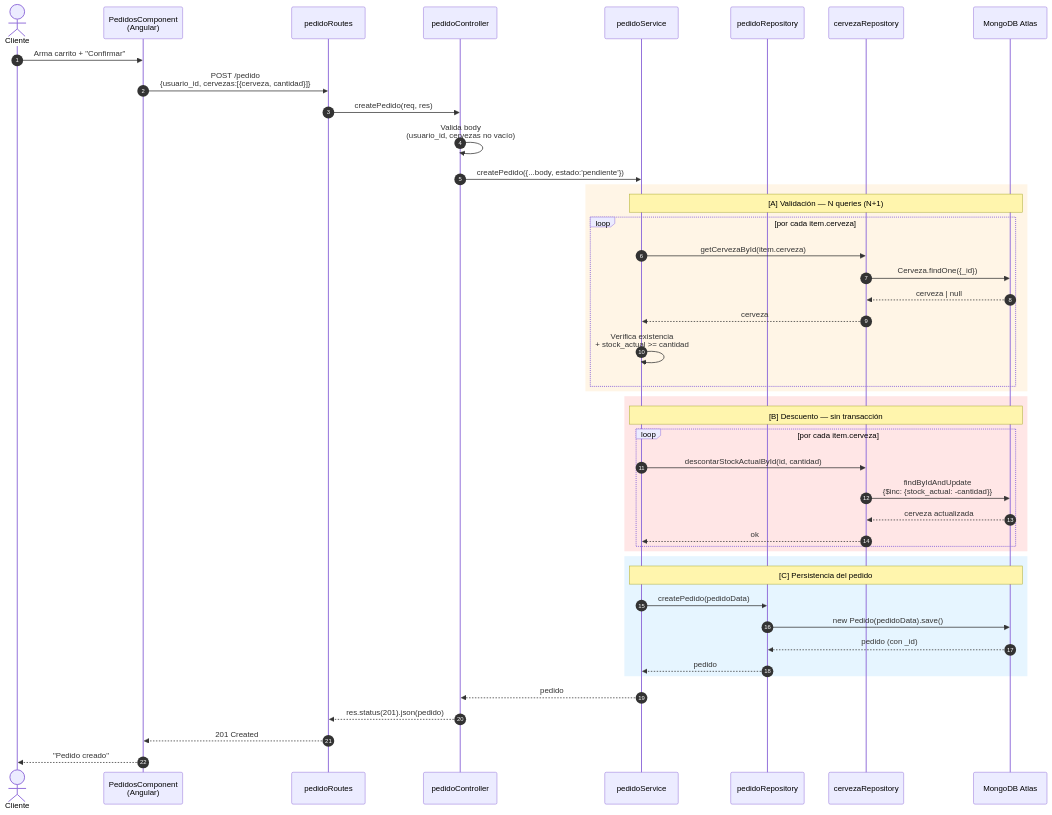
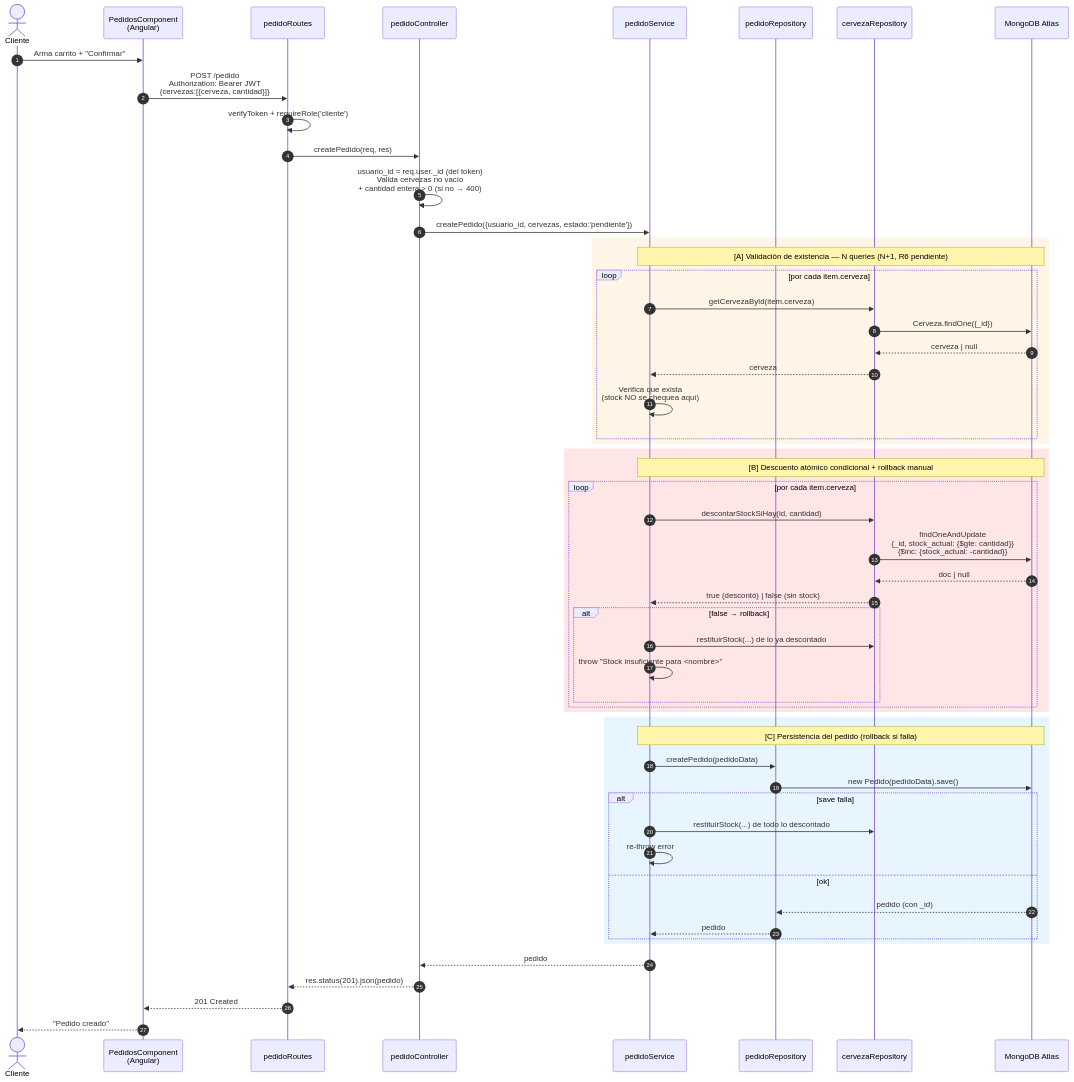
Before and after one commit to nicolasgonzalez98/tpGrupoFrontBack: the first of 7 diagrams in docs/architecture/MODULE_PEDIDO_SERVICE_DIAGRAMS.md, drawn with Mermaid. The commit also changed other lines of this file and 7 other files, not shown here.

First line of the commit message:
docs: sincroniza documentación con los fixes del commit 5f8172e

````diff
--- a/docs/architecture/MODULE_PEDIDO_SERVICE_DIAGRAMS.md
+++ b/docs/architecture/MODULE_PEDIDO_SERVICE_DIAGRAMS.md
@@ -18,52 +20,62 @@
 ```mermaid
 sequenceDiagram
     autonumber
     actor Cl as Cliente
     participant FE as PedidosComponent<br/>(Angular)
     participant R as pedidoRoutes
     participant Ctrl as pedidoController
     participant S as pedidoService
     participant PR as pedidoRepository
     participant CR as cervezaRepository
     participant DB as MongoDB Atlas
 
     Cl->>FE: Arma carrito + "Confirmar"
-    FE->>R: POST /pedido<br/>{usuario_id, cervezas:[{cerveza, cantidad}]}
+    FE->>R: POST /pedido<br/>Authorization: Bearer JWT<br/>{cervezas:[{cerveza, cantidad}]}
+    R->>R: verifyToken + requireRole('cliente')
     R->>Ctrl: createPedido(req, res)
-    Ctrl->>Ctrl: Valida body<br/>(usuario_id, cervezas no vacío)
-    Ctrl->>S: createPedido({...body, estado:'pendiente'})
+    Ctrl->>Ctrl: usuario_id = req.user._id (del token)<br/>Valida cervezas no vacío<br/>+ cantidad entera > 0 (si no → 400)
+    Ctrl->>S: createPedido({usuario_id, cervezas, estado:'pendiente'})
 
     rect rgb(255, 245, 230)
-    note over S,DB: [A] Validación — N queries (N+1)
+    note over S,DB: [A] Validación de existencia — N queries (N+1, R6 pendiente)
     loop por cada item.cerveza
         S->>CR: getCervezaById(item.cerveza)
         CR->>DB: Cerveza.findOne({_id})
         DB-->>CR: cerveza | null
         CR-->>S: cerveza
-        S->>S: Verifica existencia<br/>+ stock_actual >= cantidad
+        S->>S: Verifica que exista<br/>(stock NO se chequea aquí)
     end
     end
 
     rect rgb(255, 230, 230)
-    note over S,DB: [B] Descuento — sin transacción
+    note over S,DB: [B] Descuento atómico condicional + rollback manual
     loop por cada item.cerveza
-        S->>CR: descontarStockActualById(id, cantidad)
-        CR->>DB: findByIdAndUpdate<br/>{$inc: {stock_actual: -cantidad}}
-        DB-->>CR: cerveza actualizada
-        CR-->>S: ok
+        S->>CR: descontarStockSiHay(id, cantidad)
+        CR->>DB: findOneAndUpdate<br/>{_id, stock_actual: {$gte: cantidad}}<br/>{$inc: {stock_actual: -cantidad}}
+        DB-->>CR: doc | null
+        CR-->>S: true (descontó) | false (sin stock)
+        alt false → rollback
+            S->>CR: restituirStock(...) de lo ya descontado
+            S->>S: throw "Stock insuficiente para <nombre>"
+        end
     end
     end
 
     rect rgb(230, 245, 255)
-    note over S,DB: [C] Persistencia del pedido
+    note over S,DB: [C] Persistencia del pedido (rollback si falla)
     S->>PR: createPedido(pedidoData)
     PR->>DB: new Pedido(pedidoData).save()
-    DB-->>PR: pedido (con _id)
-    PR-->>S: pedido
+    alt save falla
+        S->>CR: restituirStock(...) de todo lo descontado
+        S->>S: re-throw error
+    else ok
+        DB-->>PR: pedido (con _id)
+        PR-->>S: pedido
+    end
     end
 
     S-->>Ctrl: pedido
     Ctrl-->>R: res.status(201).json(pedido)
     R-->>FE: 201 Created
     FE-->>Cl: "Pedido creado"
 ```
````
